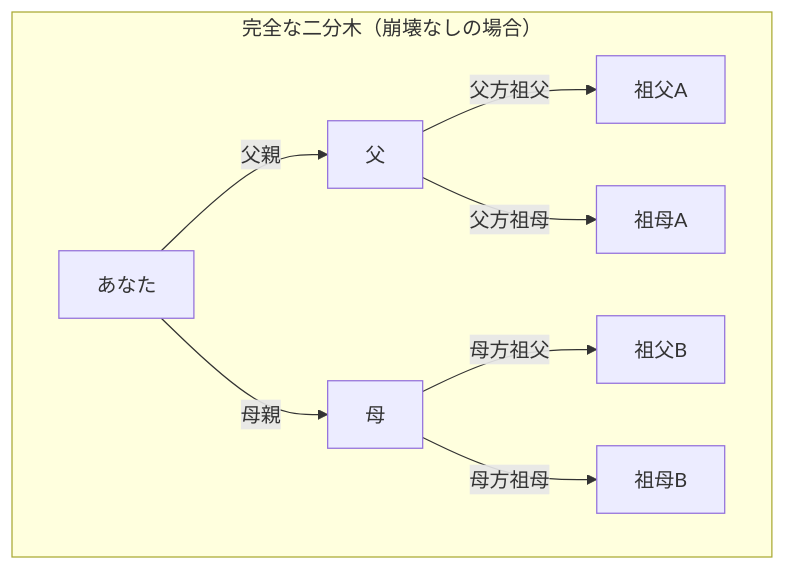
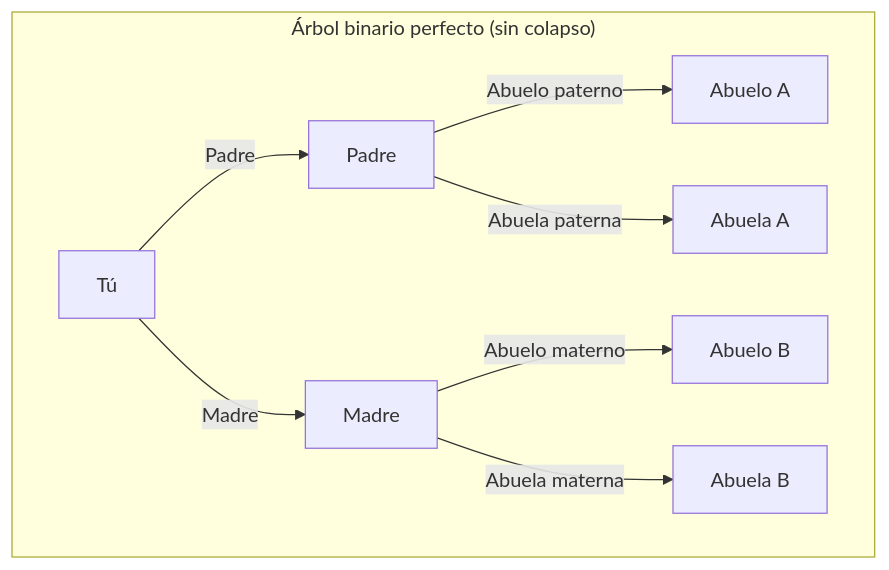
One commit to kenjinote/blog changed the first of 3 diagrams in content/post/pedigree-collapse/index.es.md. Above: the diagram before and after it, drawn with Mermaid. The commit also changed other lines of this file and 28 other files, not shown here.

Commit message:
Translate Japanese text inside Mermaid diagrams to respective languages

````diff
--- a/content/post/pedigree-collapse/index.es.md
+++ b/content/post/pedigree-collapse/index.es.md
@@ -52,11 +52,11 @@
 ```mermaid
 graph TD
-    subgraph "完全な二分木（崩壊なしの場合）"
-        A1["あなた"] -->|"父親"| B1["父"]
-        A1 -->|"母親"| B2["母"]
-        B1 -->|"父方祖父"| C1["祖父A"]
-        B1 -->|"父方祖母"| C2["祖母A"]
-        B2 -->|"母方祖父"| C3["祖父B"]
-        B2 -->|"母方祖母"| C4["祖母B"]
+    subgraph "Árbol binario perfecto (sin colapso)"
+        A1["Tú"] -->|"Padre"| B1["Padre"]
+        A1 -->|"Madre"| B2["Madre"]
+        B1 -->|"Abuelo paterno"| C1["Abuelo A"]
+        B1 -->|"Abuela paterna"| C2["Abuela A"]
+        B2 -->|"Abuelo materno"| C3["Abuelo B"]
+        B2 -->|"Abuela materna"| C4["Abuela B"]
     end
 ```
````
